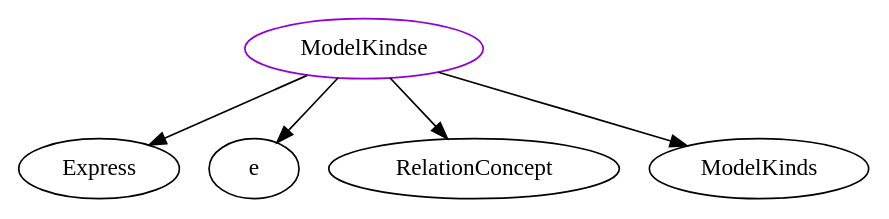
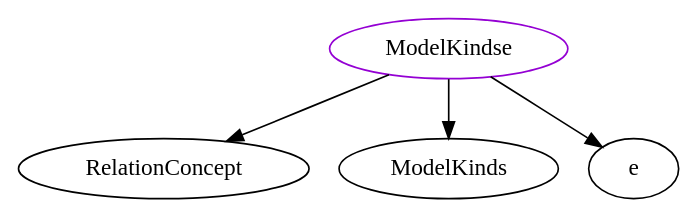
One commit to JacquesCarette/Drasil changed the diagram in analysis/TypeDependencyGraphs/theory/ModelKindse.dot. Above: the diagram before and after it, drawn with Graphviz. The commit also changed 984 other files, not shown here.

```diff
--- a/analysis/TypeDependencyGraphs/theory/ModelKindse.dot
+++ b/analysis/TypeDependencyGraphs/theory/ModelKindse.dot
@@ -1,7 +1,6 @@
 digraph modelkindse{
 ModelKindse	[shape=oval, color=darkviolet, label="ModelKindse"];
-ModelKindse -> Express;
-ModelKindse -> e;
 ModelKindse -> RelationConcept;
 ModelKindse -> ModelKinds;
+ModelKindse -> e;
 }
```
